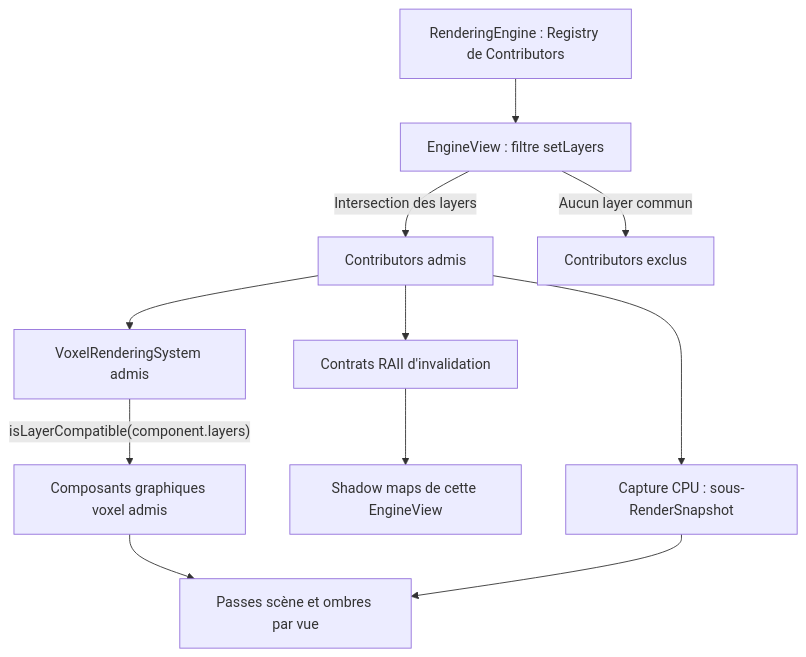
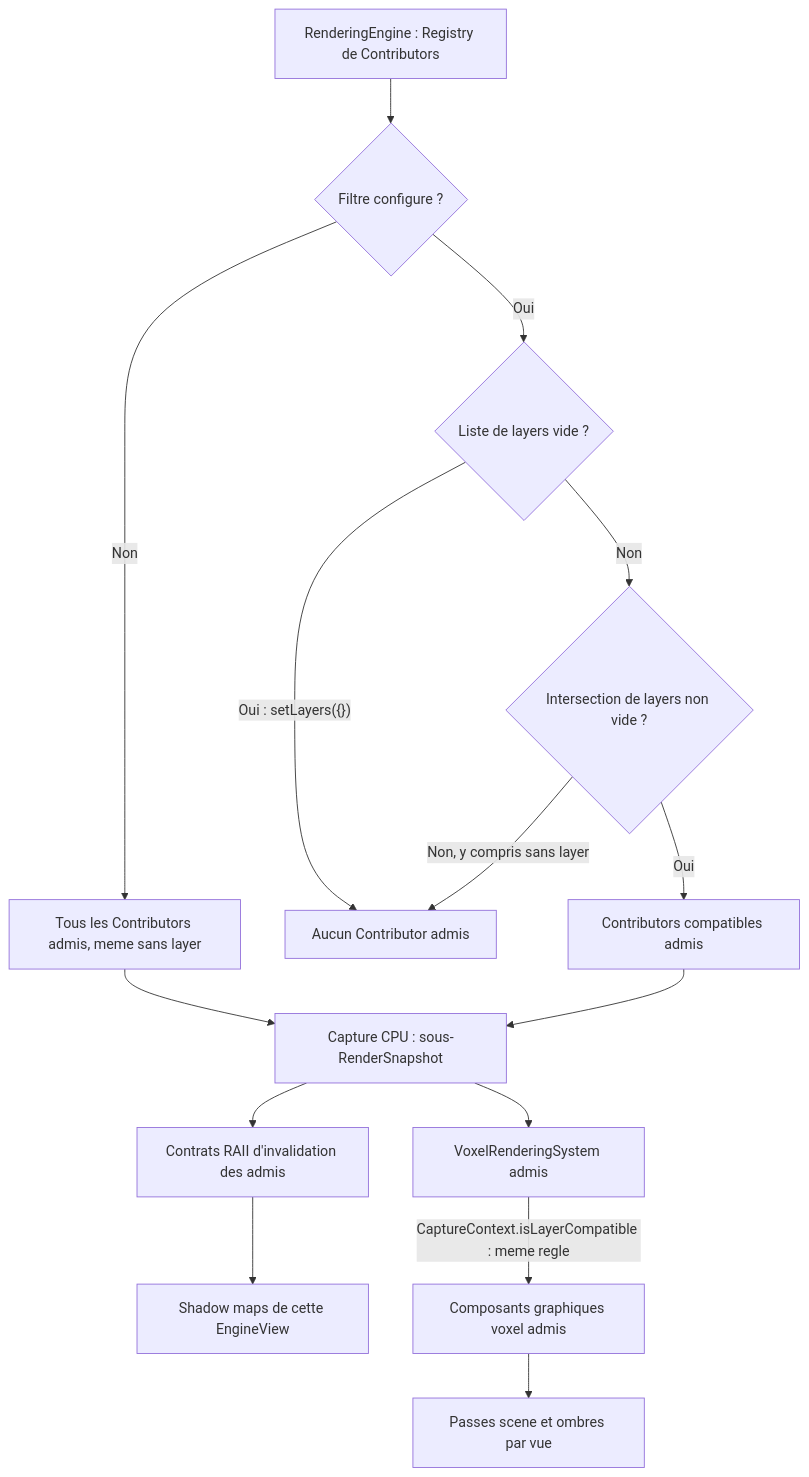
One commit to EreliaStudio/Sparkle changed the tenth of 13 diagrams in docs/voxel-engine-v0.1.4-specification.md. Above: the diagram before and after it, drawn with Mermaid. The commit also changed other lines of this file, not shown here.

Commit message:
docs(v0.1.4): distinguish unconfigured layer filter from empty selection; layerless objects restricted

````diff
--- a/docs/voxel-engine-v0.1.4-specification.md
+++ b/docs/voxel-engine-v0.1.4-specification.md
@@ -893,13 +905,17 @@
 ```mermaid
 flowchart TD
-  R["RenderingEngine : Registry de Contributors"] --> L["EngineView : filtre setLayers"]
-  L -->|"Intersection des layers"| A["Contributors admis"]
-  L -->|"Aucun layer commun"| X["Contributors exclus"]
+  R["RenderingEngine : Registry de Contributors"] --> F{"Filtre configure ?"}
+  F -->|"Non"| A["Tous les Contributors admis, meme sans layer"]
+  F -->|"Oui"| V{"Liste de layers vide ?"}
+  V -->|"Oui : setLayers({})"| X["Aucun Contributor admis"]
+  V -->|"Non"| I{"Intersection de layers non vide ?"}
+  I -->|"Oui"| A2["Contributors compatibles admis"]
+  I -->|"Non, y compris sans layer"| X
   A --> B["Capture CPU : sous-RenderSnapshot"]
-  A --> C["Contrats RAII d'invalidation"]
+  A2 --> B
+  B --> C["Contrats RAII d'invalidation des admis"]
   C --> S["Shadow maps de cette EngineView"]
-  A --> VS["VoxelRenderingSystem admis"]
-  VS -->|"isLayerCompatible(component.layers)"| VC["Composants graphiques voxel admis"]
-  VC --> P["Passes scène et ombres par vue"]
-  B --> P
+  B --> VS["VoxelRenderingSystem admis"]
+  VS -->|"CaptureContext.isLayerCompatible : meme regle"| VC["Composants graphiques voxel admis"]
+  VC --> P["Passes scene et ombres par vue"]
 ```
````
